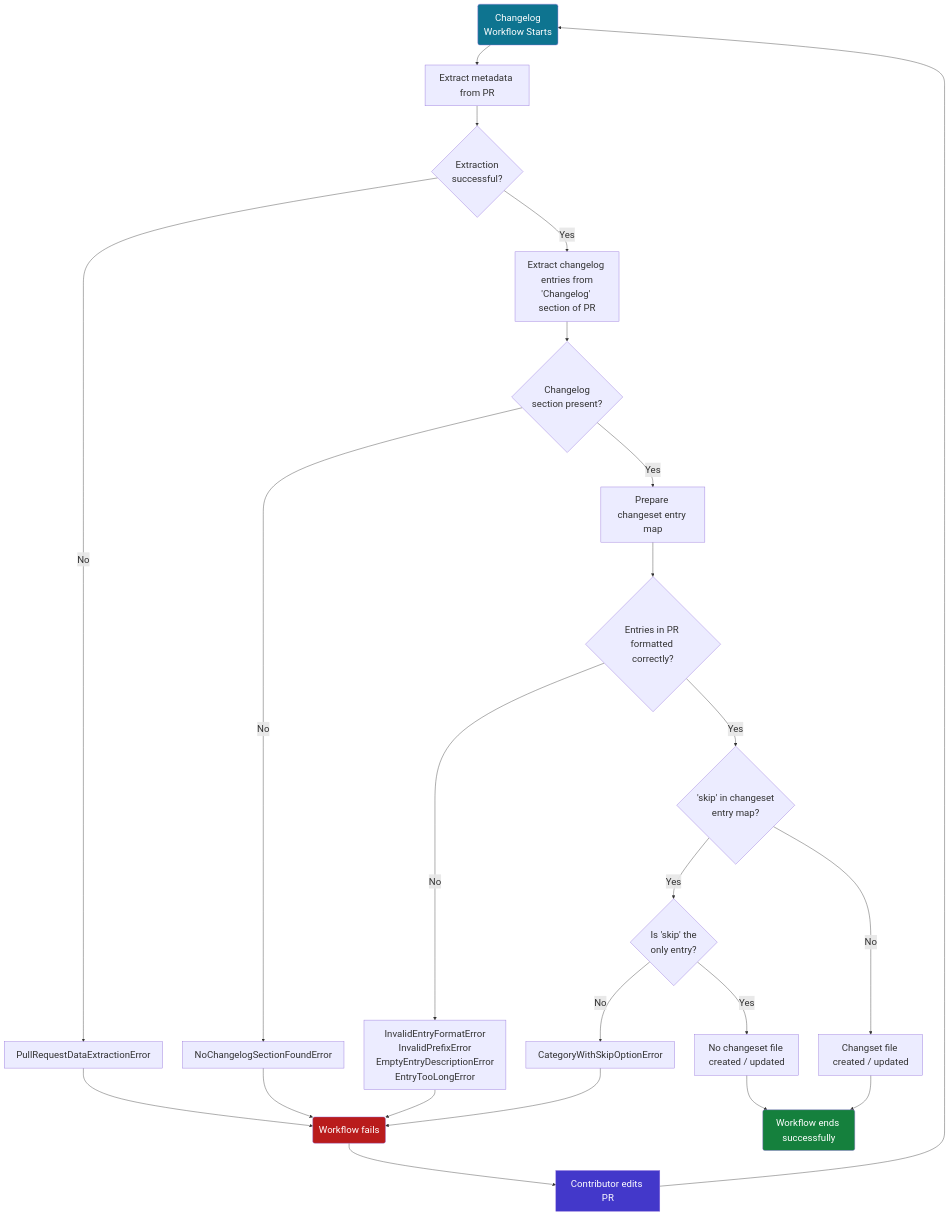
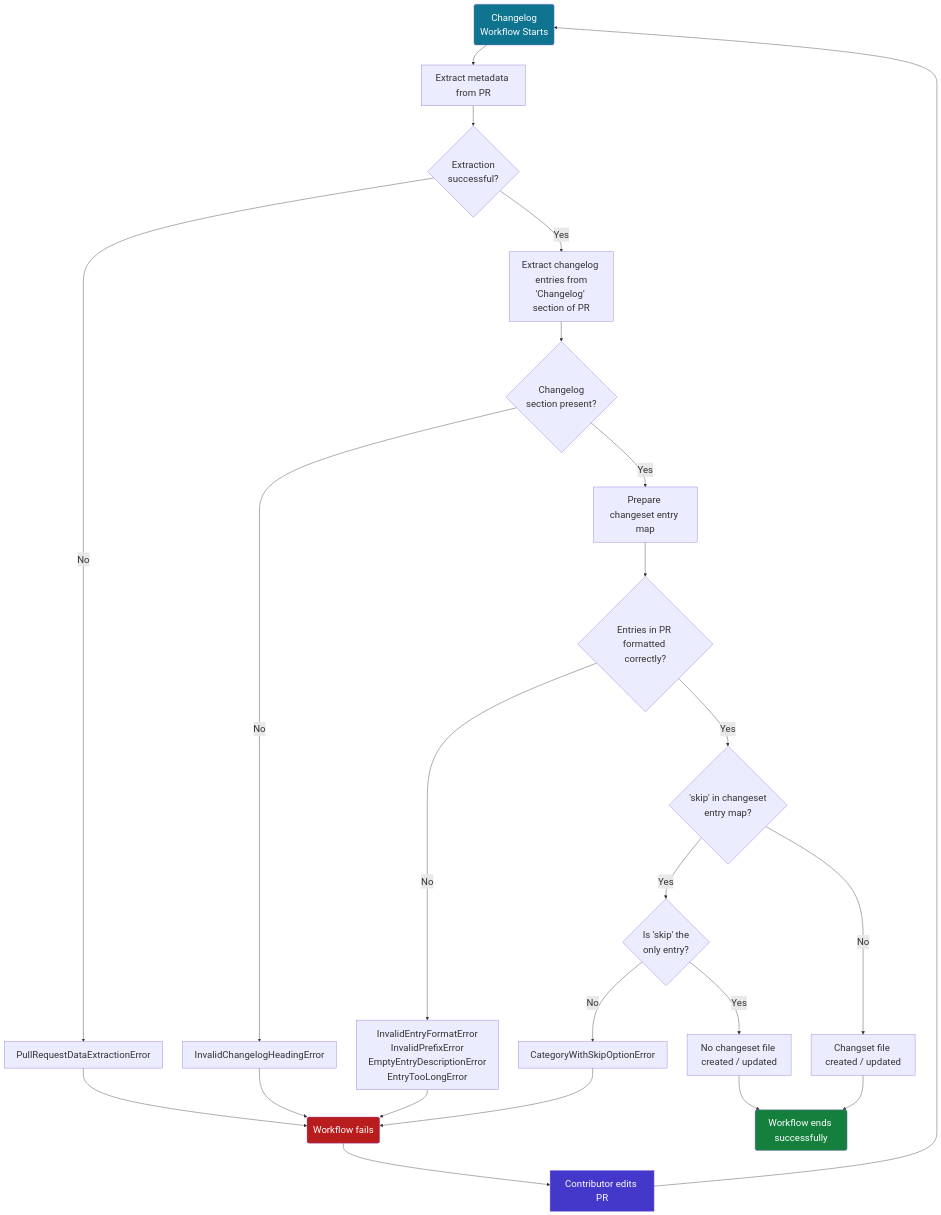
One commit to ashwin-pc/OpenSearch_Changelog_Workflow changed the diagram in README.md. Above: the diagram before and after it, drawn with Mermaid.

Commit message:
Add 'InvalidChangelogHeadingError' to flow chart

````diff
--- a/README.md
+++ b/README.md
@@ -121,32 +121,32 @@
 ```mermaid
 %%{init: {'themeVariables': { 'fontSize': '24px' }}}%%
   flowchart TD;
     A(Changelog \nWorkflow Starts) --> B[Extract metadata from PR]
     B --> C{Extraction \nsuccessful?}
     C --> |Yes| G[Extract changelog entries from\n'Changelog' section of PR]
     C --> |No| D[PullRequestDataExtractionError]
     D --> E(Workflow fails)
     E --> F[Contributor edits PR]
     F --> A
     G --> H{Changelog \nsection present?}
     H --> |Yes| J[Prepare changeset entry map]
     J --> J1{Entries in PR \nformatted correctly?}
-    H --> |No| I[NoChangelogSectionFoundError]
+    H --> |No| I[InvalidChangelogHeadingError]
     I --> E
     J1 --> |Yes| K{'skip' in changeset \n entry map?}
     J1 --> |No| L[InvalidEntryFormatError\nInvalidPrefixError\nEmptyEntryDescriptionError\nEntryTooLongError]
     L --> E
     K --> |Yes| M{Is 'skip' the \nonly entry?}
     K --> |No| N[Changset file created / updated]
     M --> |Yes| O[No changeset file created / updated]
     M --> |No| Q[CategoryWithSkipOptionError]
     Q --> E
     O --> P
     N --> P(Workflow ends successfully)
 
     style A fill:#0e7490,color:white
     style E fill:#b91c1c,color:white
     style F fill:#4338ca,color:white
     style P fill:#15803d,color:white
 
 ```
````
